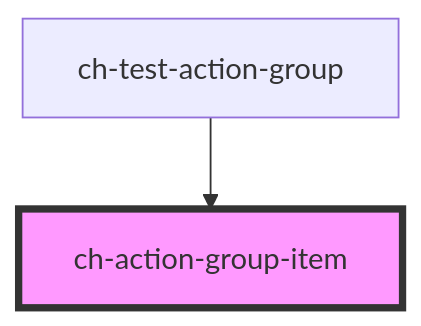
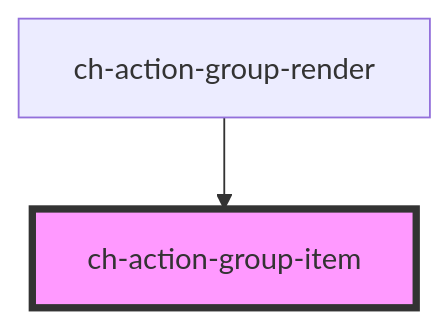
Before and after one commit to genexuslabs/chameleon-controls-library: the diagram in src/components/action-group-item/readme.md, drawn with Mermaid. The commit also changed other lines of this file and 6 other files, not shown here.

````diff
--- a/src/components/action-group-item/readme.md
+++ b/src/components/action-group-item/readme.md
@@ -29,5 +29,5 @@
 ```mermaid
 graph TD;
-  ch-test-action-group --> ch-action-group-item
+  ch-action-group-render --> ch-action-group-item
   style ch-action-group-item fill:#f9f,stroke:#333,stroke-width:4px
 ```
````
